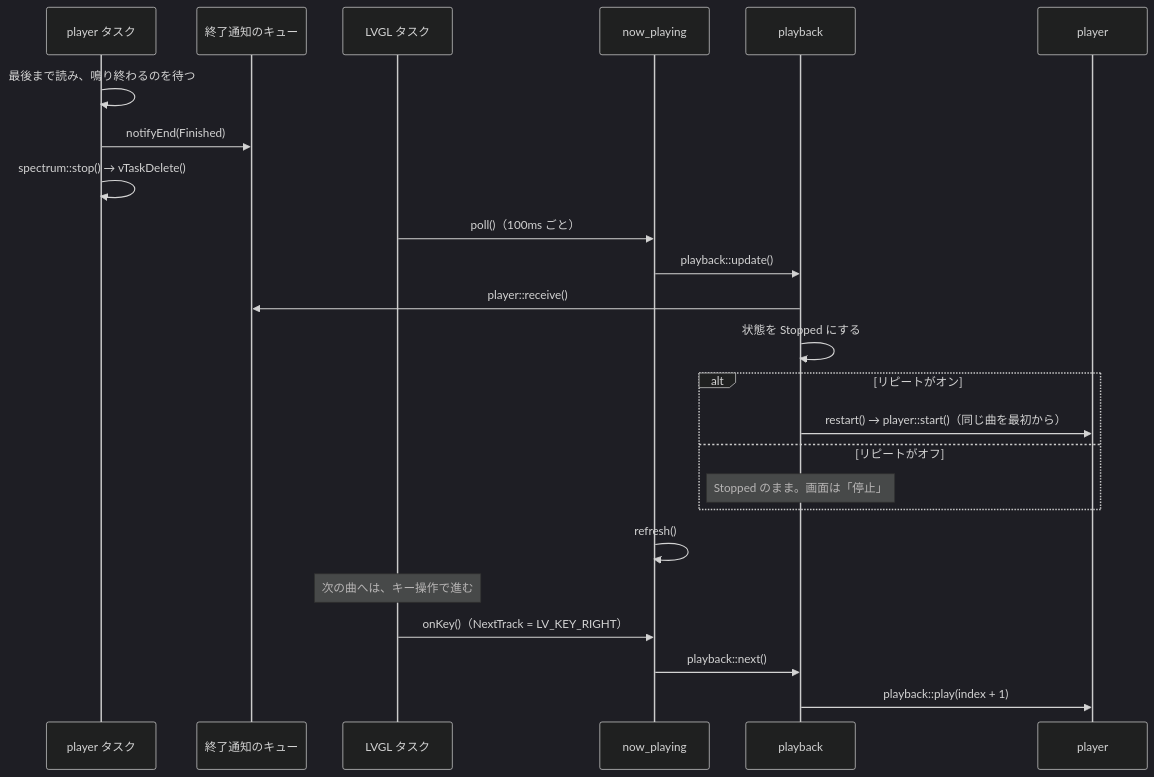
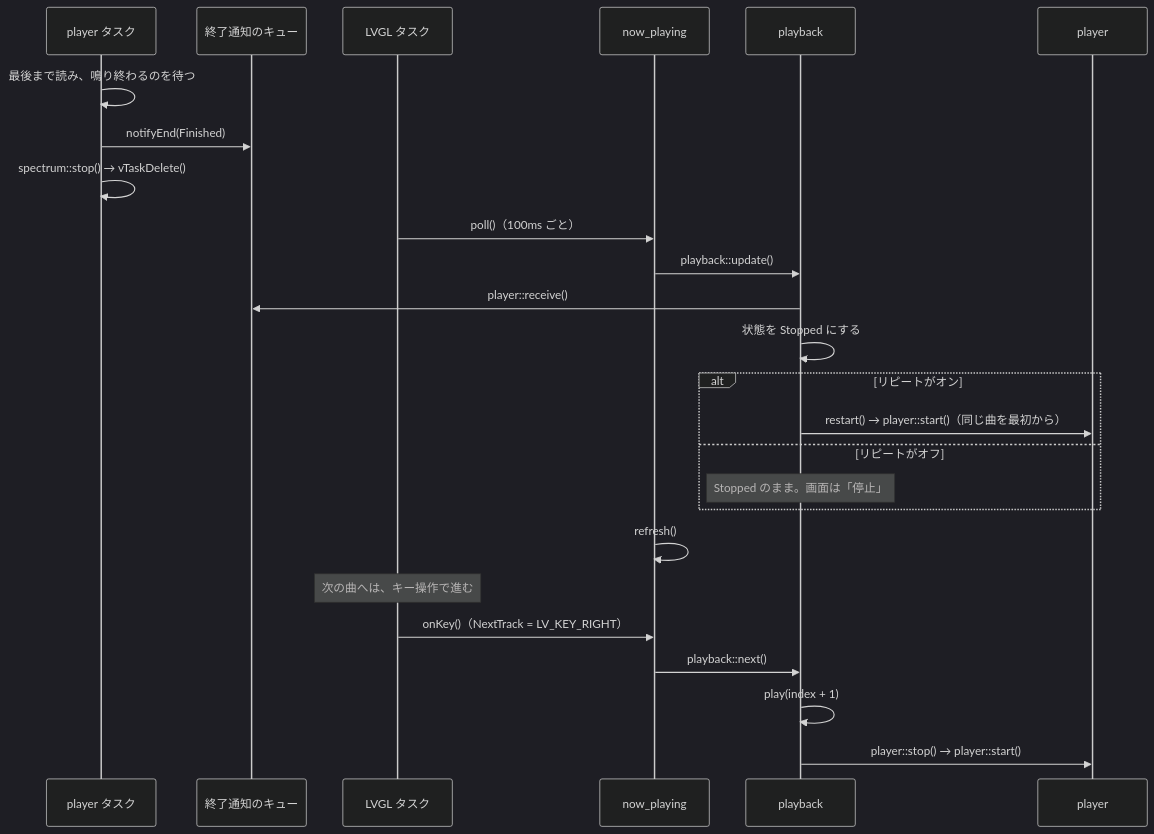
Before and after one commit to stonedev-app/pocket-deck: the fourth of 5 diagrams in docs/architecture/sequences.md, drawn with Mermaid (dark theme). The commit also changed 1 other file, not shown here.

Commit message:
docs: 図 4 の矢印と、層の依存・音量の読み手の説明を直す

````diff
--- a/docs/architecture/sequences.md
+++ b/docs/architecture/sequences.md
@@ -113,27 +113,28 @@
 ```mermaid
 sequenceDiagram
     participant PT as player タスク
     participant Q as 終了通知のキュー
     participant L as LVGL タスク
     participant NP as now_playing
     participant PB as playback
     participant P as player
 
     PT->>PT: 最後まで読み、鳴り終わるのを待つ
     PT->>Q: notifyEnd(Finished)
     PT->>PT: spectrum::stop() → vTaskDelete()
     L->>NP: poll()（100ms ごと）
     NP->>PB: playback::update()
     PB->>Q: player::receive()
     PB->>PB: 状態を Stopped にする
     alt リピートがオン
         PB->>P: restart() → player::start()（同じ曲を最初から）
     else リピートがオフ
         Note over PB: Stopped のまま。画面は「停止」
     end
     NP->>NP: refresh()
     Note over L: 次の曲へは、キー操作で進む
     L->>NP: onKey()（NextTrack = LV_KEY_RIGHT）
     NP->>PB: playback::next()
-    PB->>P: playback::play(index + 1)
+    PB->>PB: play(index + 1)
+    PB->>P: player::stop() → player::start()
 ```
````
